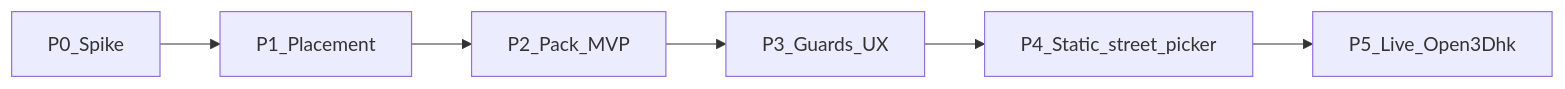
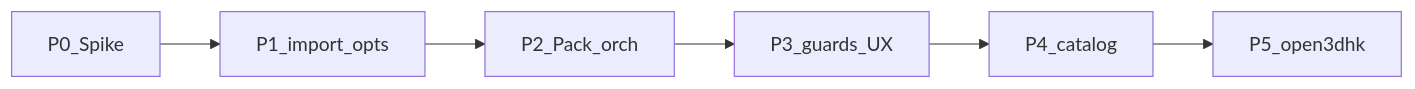
Before and after one commit to hktrpg/UdonariumWithFly: the third of 3 diagrams in docs/research/open3dhk-streetscape-2_5d.md, drawn with Mermaid. The commit also changed other lines of this file, not shown here.

First line of the commit message:
docs: converge streetscape architecture into an implementation plan

````diff
--- a/docs/research/open3dhk-streetscape-2_5d.md
+++ b/docs/research/open3dhk-streetscape-2_5d.md
@@ -227,8 +236,8 @@
 ```mermaid
 flowchart LR
-  p0[P0_Spike] --> p1[P1_Placement]
-  p1 --> p2[P2_Pack_MVP]
-  p2 --> p3[P3_Guards_UX]
-  p3 --> p4[P4_Static_street_picker]
-  p4 --> p5[P5_Live_Open3Dhk]
+  p0[P0_Spike] --> p1[P1_import_opts]
+  p1 --> p2[P2_Pack_orch]
+  p2 --> p3[P3_guards_UX]
+  p3 --> p4[P4_catalog]
+  p4 --> p5[P5_open3dhk]
 ```
````
